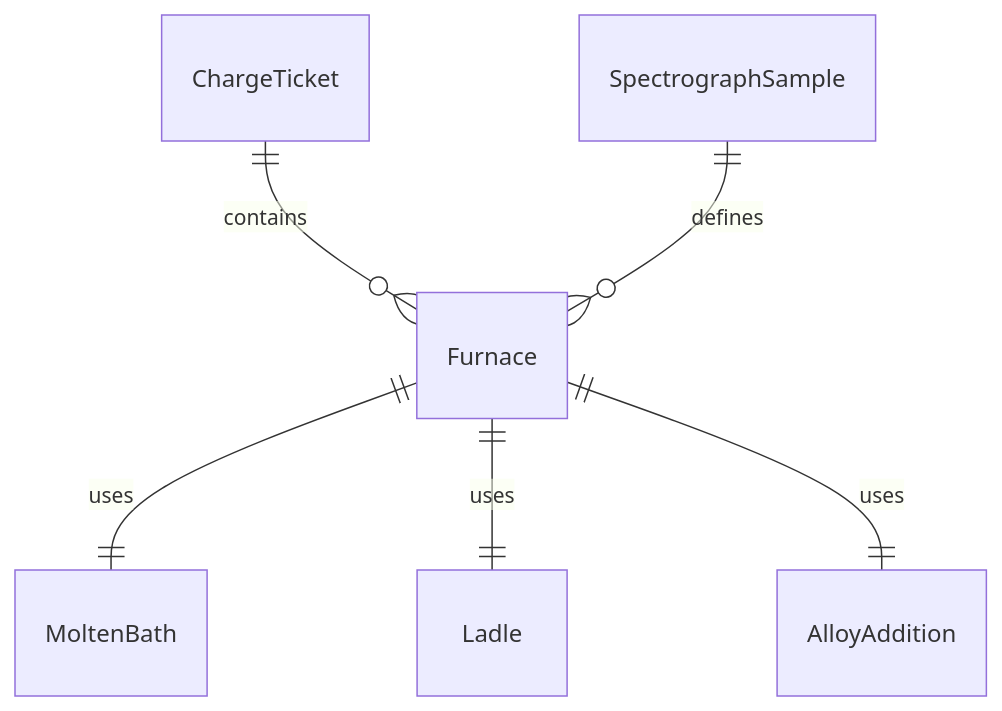
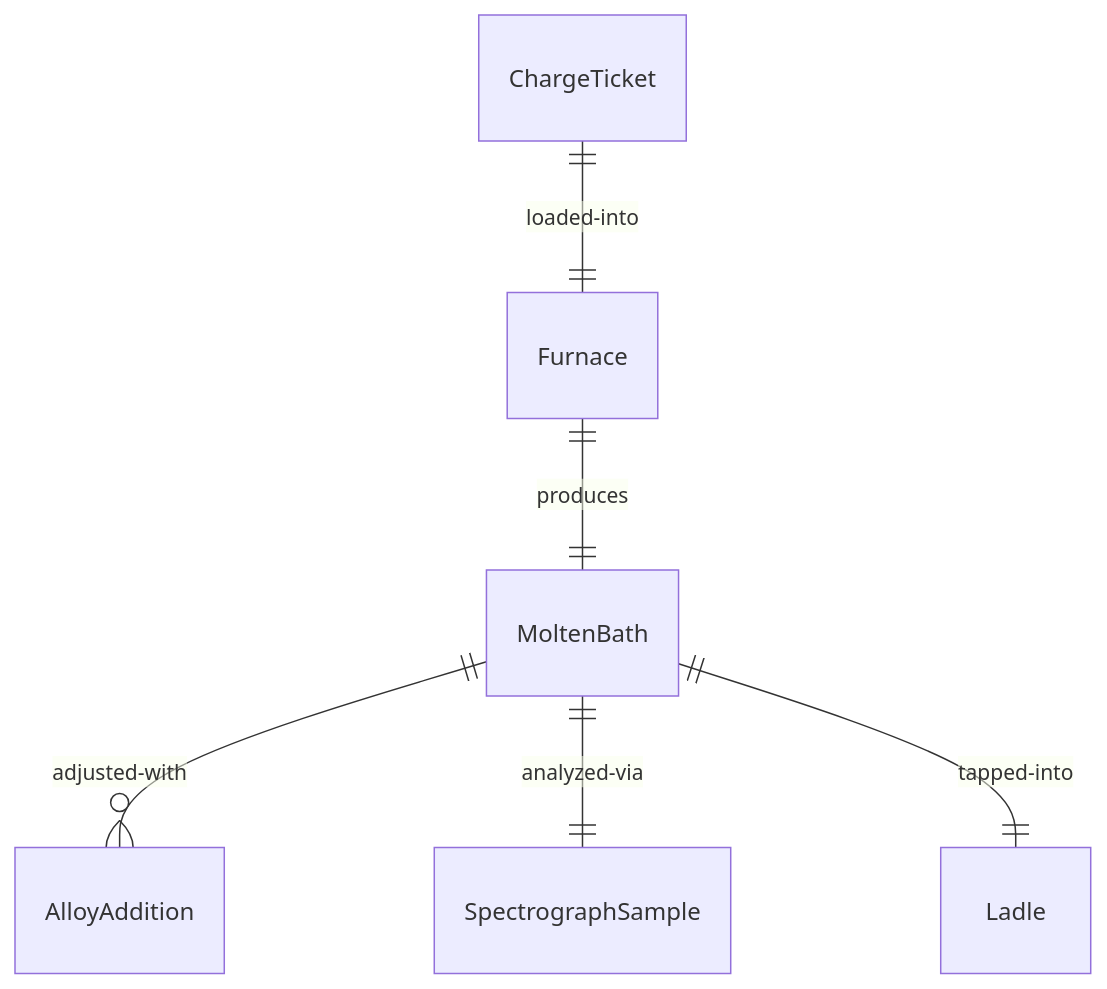
The first of 4 diagrams in HandlingAndMovingObjects/PrepareIndustrialMaterialsForProcessingOrUse/MeltMetalPlasticMaterialsPrepare.mdx (dot-org-ai/tasks.org.ai), drawn with Mermaid before and after one commit. The commit also changed other lines of this file and 515 other files, not shown here.

````diff
--- a/HandlingAndMovingObjects/PrepareIndustrialMaterialsForProcessingOrUse/MeltMetalPlasticMaterialsPrepare.mdx
+++ b/HandlingAndMovingObjects/PrepareIndustrialMaterialsForProcessingOrUse/MeltMetalPlasticMaterialsPrepare.mdx
@@ -88,8 +88,8 @@
 ```mermaid
 erDiagram
-    ChargeTicket ||--o{ Furnace : "contains"
-    Furnace ||--|| MoltenBath : "uses"
-    Furnace ||--|| Ladle : "uses"
-    Furnace ||--|| AlloyAddition : "uses"
-    SpectrographSample ||--o{ Furnace : "defines"
+    ChargeTicket ||--|| Furnace : "loaded-into"
+    Furnace ||--|| MoltenBath : "produces"
+    MoltenBath ||--o{ AlloyAddition : "adjusted-with"
+    MoltenBath ||--|| SpectrographSample : "analyzed-via"
+    MoltenBath ||--|| Ladle : "tapped-into"
 ```
````
